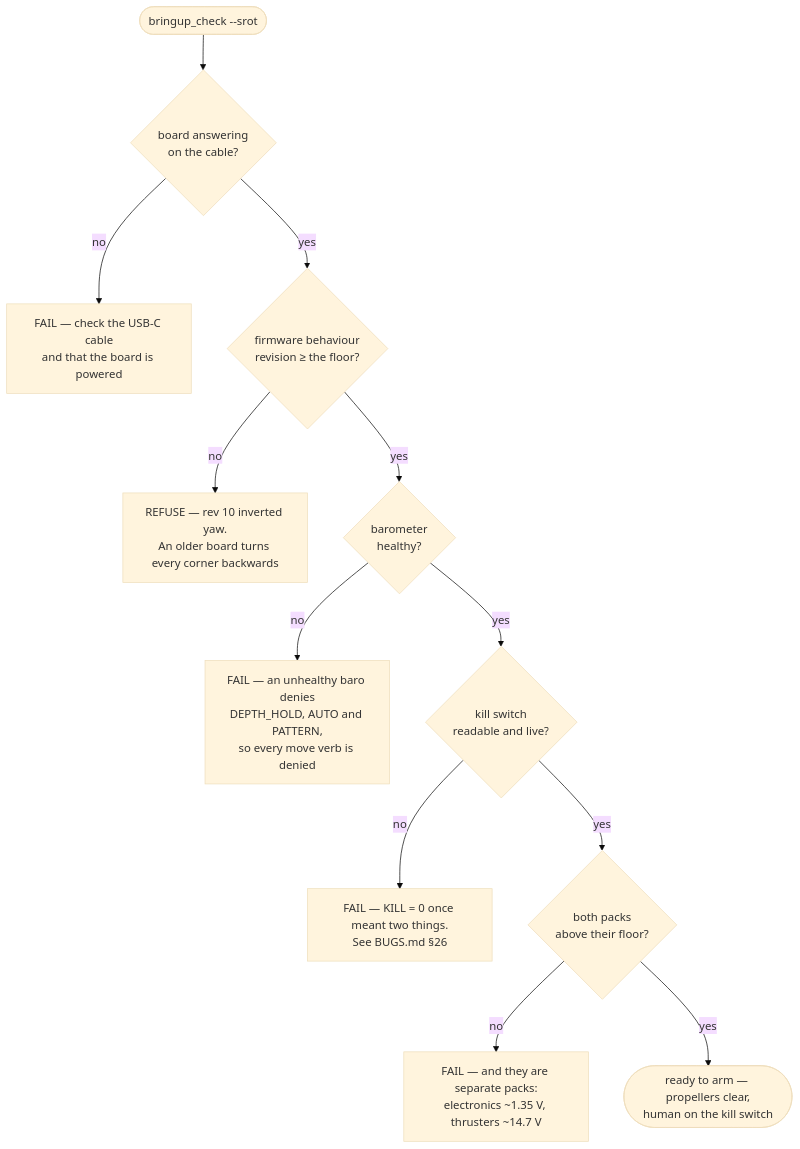
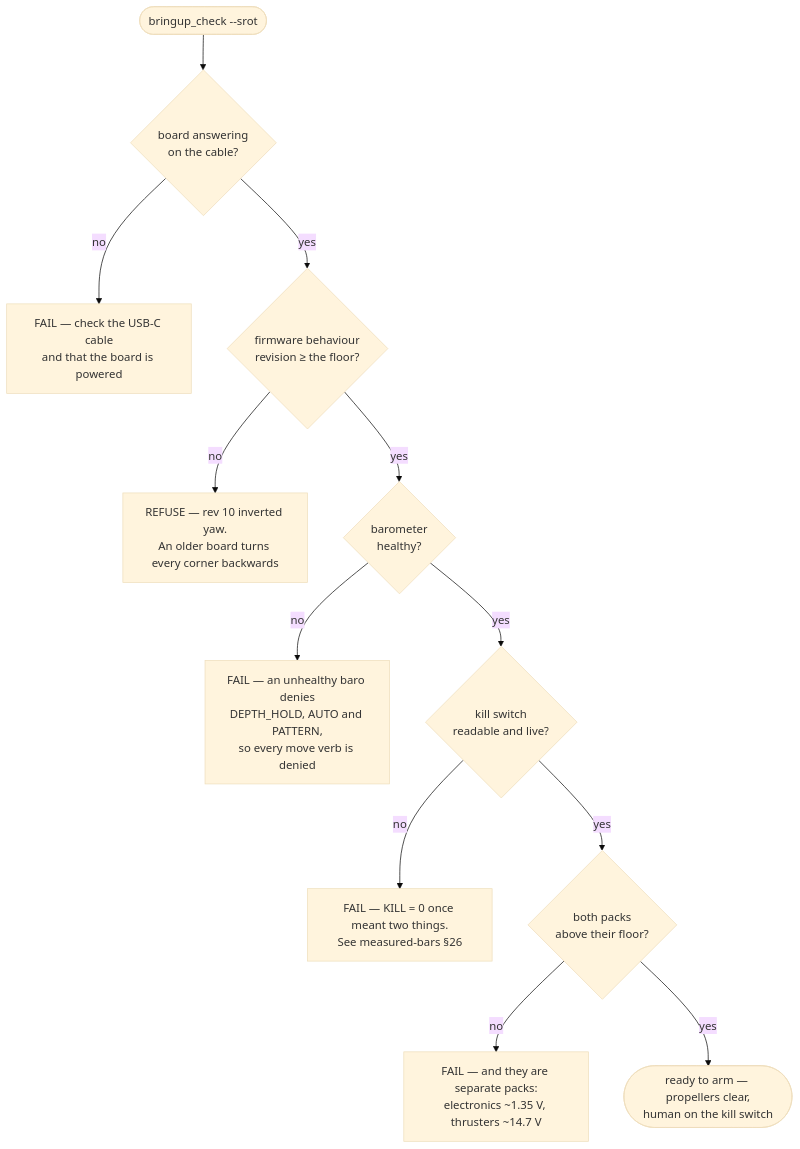
The first of 10 diagrams in README.md (fh1m/mongla_ws), drawn with Mermaid (base theme) before and after one commit. The commit also changed other lines of this file and 3 other files, not shown here.

````diff
--- a/README.md
+++ b/README.md
@@ -168,14 +168,14 @@
 ```mermaid
 flowchart TB
     START(["bringup_check --srot"]) --> LINK{"board answering<br/>on the cable?"}
     LINK -->|no| F1["FAIL — check the USB-C cable<br/>and that the board is powered"]
     LINK -->|yes| REV{"firmware behaviour<br/>revision ≥ the floor?"}
     REV -->|no| F2["REFUSE — rev 10 inverted yaw.<br/>An older board turns every corner backwards"]
     REV -->|yes| BARO{"barometer<br/>healthy?"}
     BARO -->|no| F3["FAIL — an unhealthy baro denies<br/>DEPTH_HOLD, AUTO and PATTERN,<br/>so every move verb is denied"]
     BARO -->|yes| KILL{"kill switch<br/>readable and live?"}
-    KILL -->|no| F4["FAIL — KILL = 0 once meant two things.<br/>See BUGS.md §26"]
+    KILL -->|no| F4["FAIL — KILL = 0 once meant two things.<br/>See measured-bars §26"]
     KILL -->|yes| BATT{"both packs<br/>above their floor?"}
     BATT -->|no| F5["FAIL — and they are separate packs:<br/>electronics ~1.35 V, thrusters ~14.7 V"]
     BATT -->|yes| OK(["ready to arm — propellers clear,<br/>human on the kill switch"])
 ```
````
